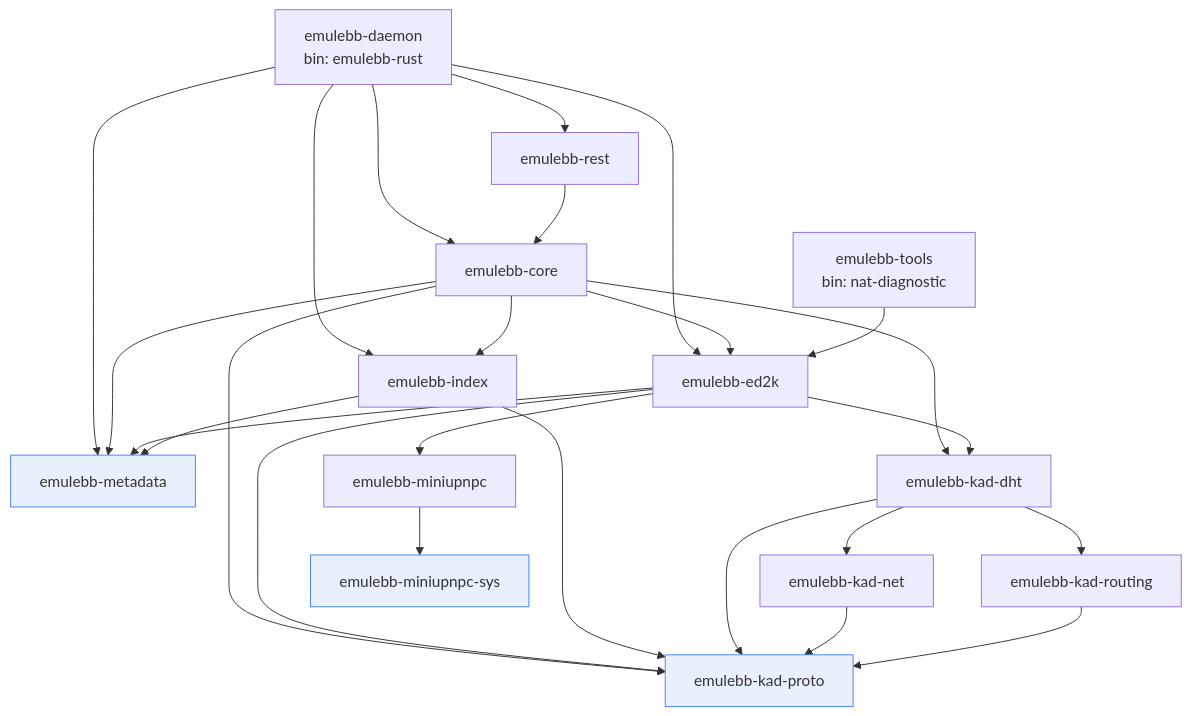
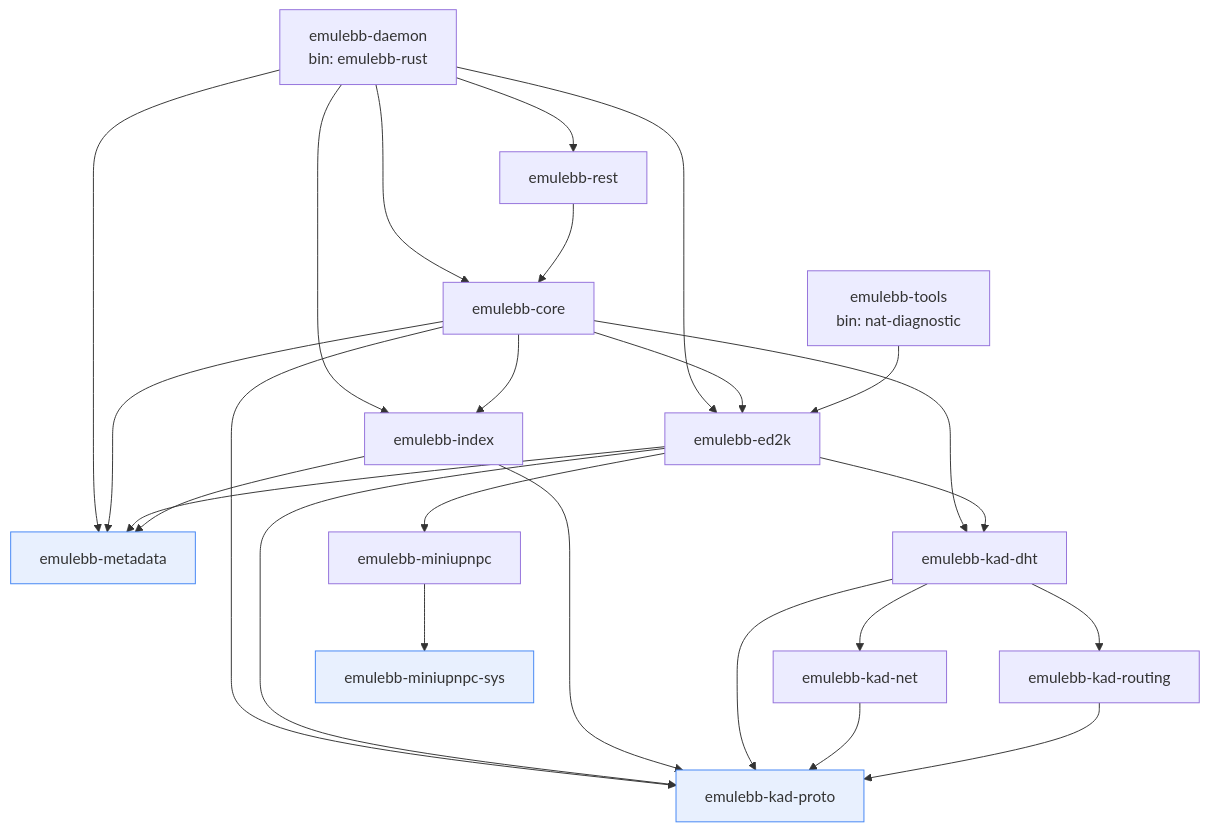
Before and after one commit to emulebb/emulebb-rust: the first of 5 diagrams in docs/design/architecture.md, drawn with Mermaid. The commit also changed other lines of this file, not shown here.

First line of the commit message:
docs: improve mermaid layout — taller, less crowded

````diff
--- a/docs/design/architecture.md
+++ b/docs/design/architecture.md
@@ -25,35 +25,36 @@
 ```mermaid
+%%{init: {'flowchart': {'nodeSpacing': 55, 'rankSpacing': 70}}}%%
 graph TD
     daemon[emulebb-daemon<br/>bin: emulebb-rust] --> core[emulebb-core]
     daemon --> rest[emulebb-rest]
     daemon --> ed2k[emulebb-ed2k]
     daemon --> index[emulebb-index]
     daemon --> meta[emulebb-metadata]
 
     rest --> core
     core --> ed2k
     core --> index
     core --> kaddht[emulebb-kad-dht]
     core --> kadproto[emulebb-kad-proto]
     core --> meta
 
     ed2k --> kaddht
     ed2k --> kadproto
     ed2k --> meta
     ed2k --> upnp[emulebb-miniupnpc]
 
     index --> kadproto
     index --> meta
 
     kaddht --> kadproto
     kaddht --> kadrouting[emulebb-kad-routing]
     kaddht --> kadnet[emulebb-kad-net]
     kadnet --> kadproto
     kadrouting --> kadproto
 
     upnp --> upnpsys[emulebb-miniupnpc-sys]
     tools[emulebb-tools<br/>bin: nat-diagnostic] --> ed2k
 
     classDef leaf fill:#e8f0fe,stroke:#4285f4;
     class kadproto,meta,upnpsys leaf;
 ```
````
